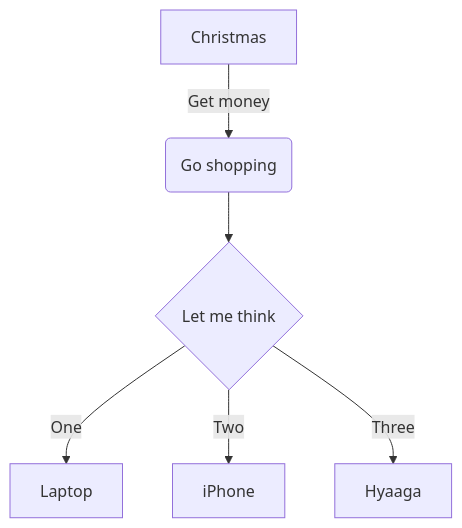
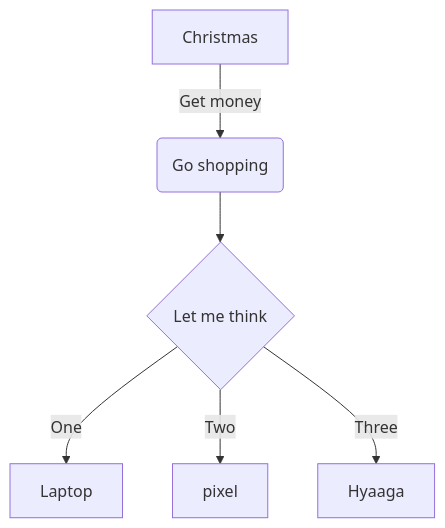
One commit to hsingh23/my-files changed the diagram in cool.mermaid. Above: the diagram before and after it, drawn with Mermaid.

```diff
--- a/cool.mermaid
+++ b/cool.mermaid
@@ -1,6 +1,6 @@
 flowchart TD
     A[Christmas] -->|Get money| B(Go shopping)
     B --> C{Let me think}
     C -->|One| D[Laptop]
-    C -->|Two| E[iPhone]
+    C -->|Two| E[pixel]
     C -->|Three| F[Hyaaga]
```
